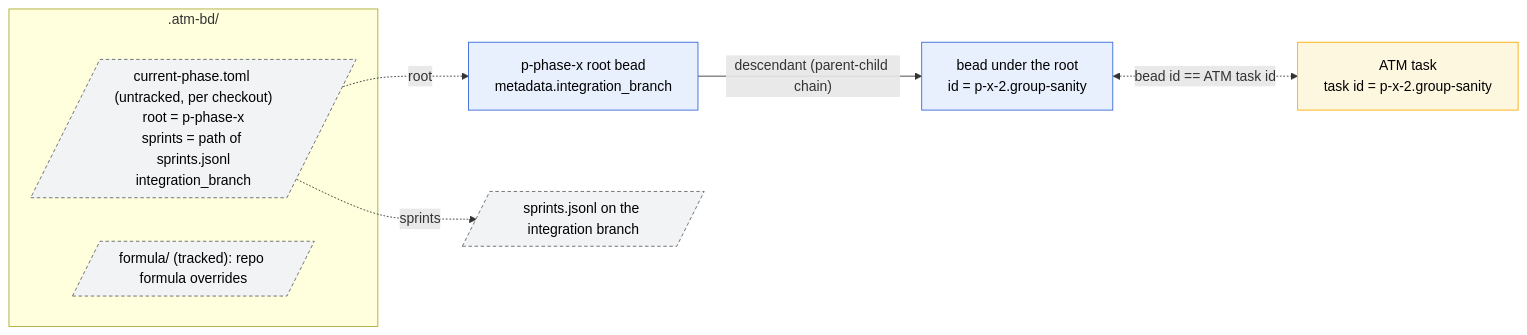
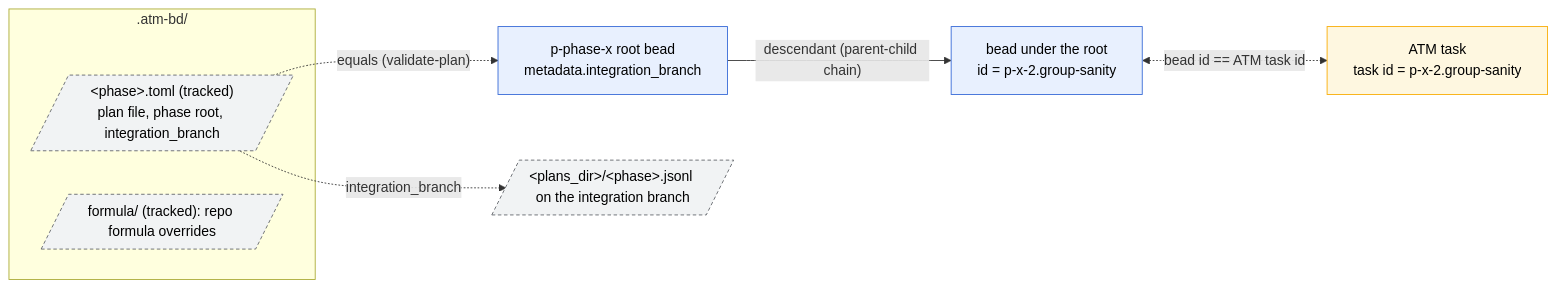
One commit to randlee/atm-bd-orchestration changed the diagram in docs/diagrams/correlation.md. Above: the diagram before and after it, drawn with Mermaid. The commit also changed other lines of this file and 4 other files, not shown here.

Commit message:
docs(diagrams): match the top of the stack

````diff
--- a/docs/diagrams/correlation.md
+++ b/docs/diagrams/correlation.md
@@ -3,20 +3,20 @@
 ```mermaid
 flowchart LR
   classDef tmpl fill:#e8f0fe,stroke:#3367d6,color:#000
   classDef file fill:#f1f3f4,stroke:#5f6368,stroke-dasharray:4 3,color:#000
   classDef atm fill:#fef7e0,stroke:#f9ab00,color:#000
 
   subgraph ATMBD[".atm-bd/"]
-    TOML[/"current-phase.toml (untracked, per checkout)<br/>root = p-phase-x<br/>sprints = path of sprints.jsonl<br/>integration_branch"/]:::file
+    TOML[/"#lt;phase#gt;.toml (tracked)<br/>plan file, phase root, integration_branch"/]:::file
     FORM[/"formula/ (tracked): repo formula overrides"/]:::file
   end
   ROOT["p-phase-x root bead<br/>metadata.integration_branch"]:::tmpl
-  SJ[/"sprints.jsonl on the integration branch"/]:::file
+  SJ[/"#lt;plans_dir#gt;/#lt;phase#gt;.jsonl on the integration branch"/]:::file
   BEAD["bead under the root<br/>id = p-x-2.group-sanity"]:::tmpl
   TASK["ATM task<br/>task id = p-x-2.group-sanity"]:::atm
 
-  TOML -. "root" .-> ROOT
-  TOML -. "sprints" .-> SJ
+  TOML -. "equals (validate-plan)" .-> ROOT
+  TOML -. "integration_branch" .-> SJ
   ROOT -->|"descendant (parent-child chain)"| BEAD
   BEAD <-. "bead id == ATM task id" .-> TASK
 ```
````
